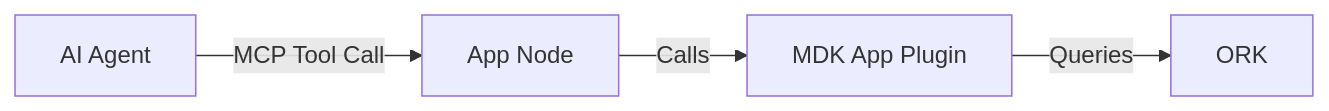
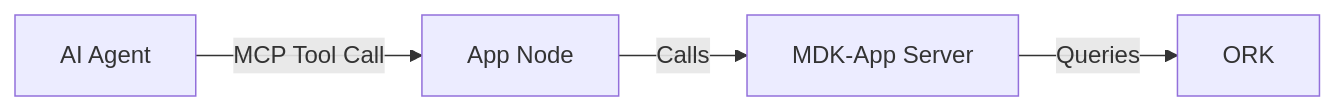
Before and after one commit to Gio-Galt/mdk-be: the fourth of 5 diagrams in docs/hld-mdk-app.md, drawn with Mermaid. The commit also changed other lines of this file and 1 other file, not shown here.

Commit message:
Updated around MDK App Clarity, and other feedback

````diff
--- a/docs/hld-mdk-app.md
+++ b/docs/hld-mdk-app.md
@@ -159,7 +194,7 @@
 ```mermaid
 flowchart LR
     AI[AI Agent]
     AI -->|MCP Tool Call| AppNode[App Node]
-    AppNode -->|Calls| Plugin[MDK App Plugin]
-    Plugin -->|Queries| ORK[ORK]
+    AppNode -->|Calls| AppServer[MDK-App Server]
+    AppServer -->|Queries| ORK[ORK]
 ```
````
